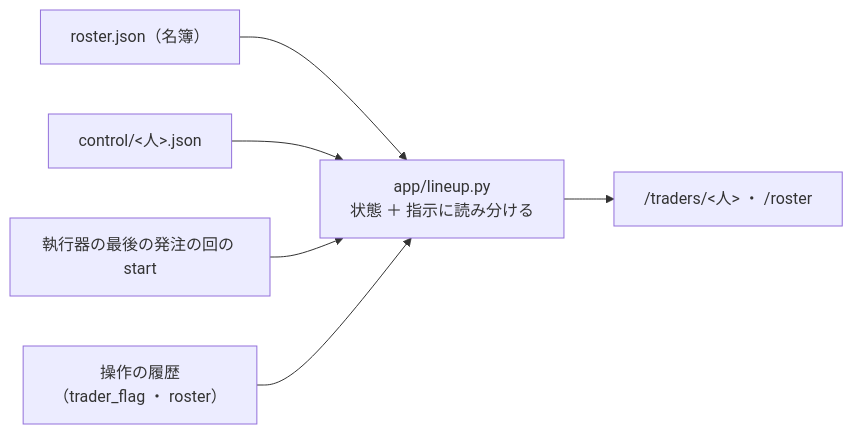
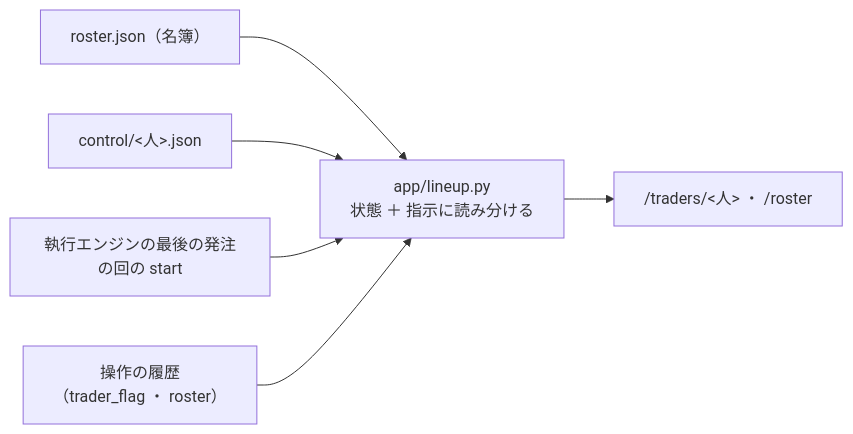
Before and after one commit to akiraak/ai-income-lab: diagram 13 of 28 in docs/specs/dashboard.md, drawn with Mermaid. The commit also changed other lines of this file and 45 other files, not shown here.

````diff
--- a/docs/specs/dashboard.md
+++ b/docs/specs/dashboard.md
@@ -661,8 +661,8 @@
 ```mermaid
 flowchart LR
   R["roster.json（名簿）"] --> L["app/lineup.py<br/>状態 ＋ 指示に読み分ける"]
   C["control/&lt;人&gt;.json"] --> L
-  S["執行器の最後の発注の回の start"] --> L
+  S["執行エンジンの最後の発注の回の start"] --> L
   H["操作の履歴<br/>（trader_flag ・ roster）"] --> L
   L --> V["/traders/&lt;人&gt; ・ /roster"]
 ```
````
